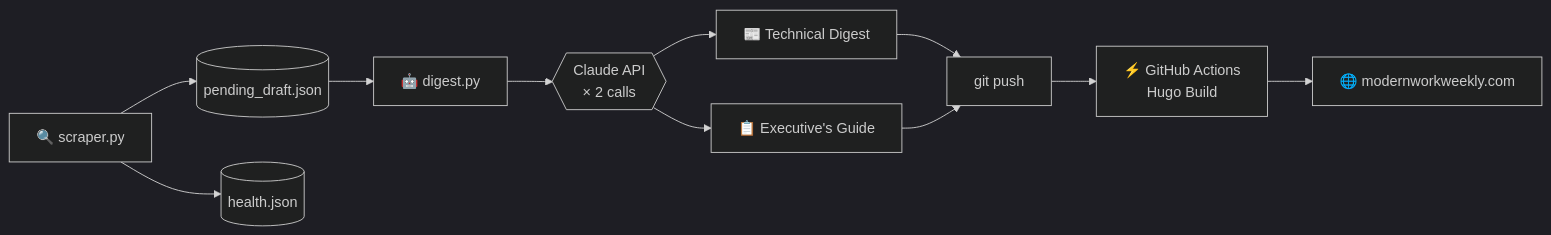
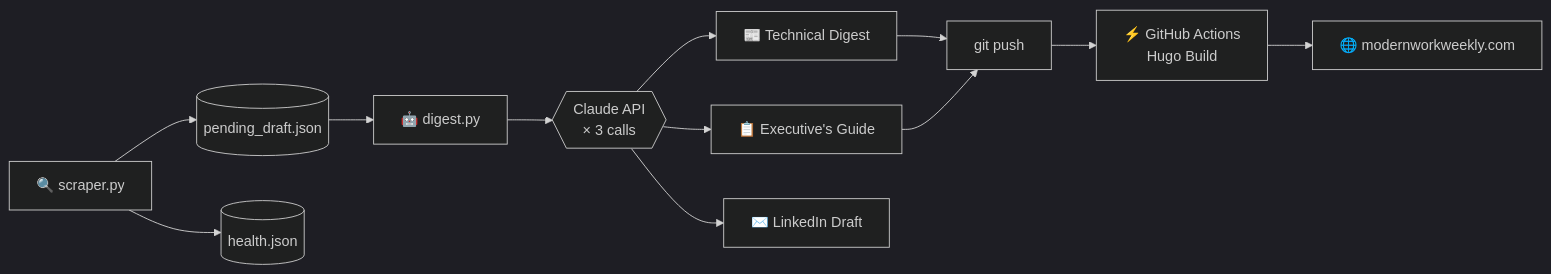
The diagram in README.md (TwitchSTL/modern-work-weekly), drawn with Mermaid (dark theme) before and after one commit. The commit also changed other lines of this file and 2 other files, not shown here.

````diff
--- a/README.md
+++ b/README.md
@@ -50,13 +50,14 @@
 ```mermaid
 flowchart LR
     A["🔍 scraper.py"] --> B[("pending_draft.json")]
     A --> C[("health.json")]
     B --> D["🤖 digest.py"]
-    D --> E{{"Claude API\n× 2 calls"}}
+    D --> E{{"Claude API\n× 3 calls"}}
     E --> F["📰 Technical Digest"]
     E --> G["📋 Executive's Guide"]
+    E --> L["✉️ LinkedIn Draft"]
     F --> H["git push"]
     G --> H
     H --> I["⚡ GitHub Actions\nHugo Build"]
     I --> J["🌐 modernworkweekly.com"]
 ```
````
